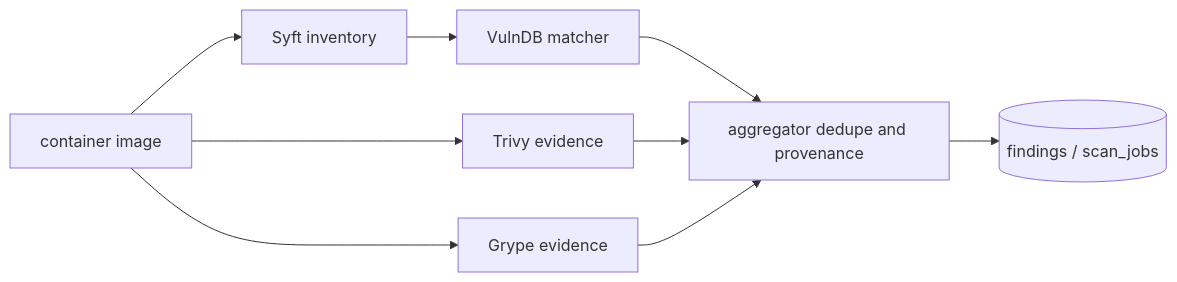
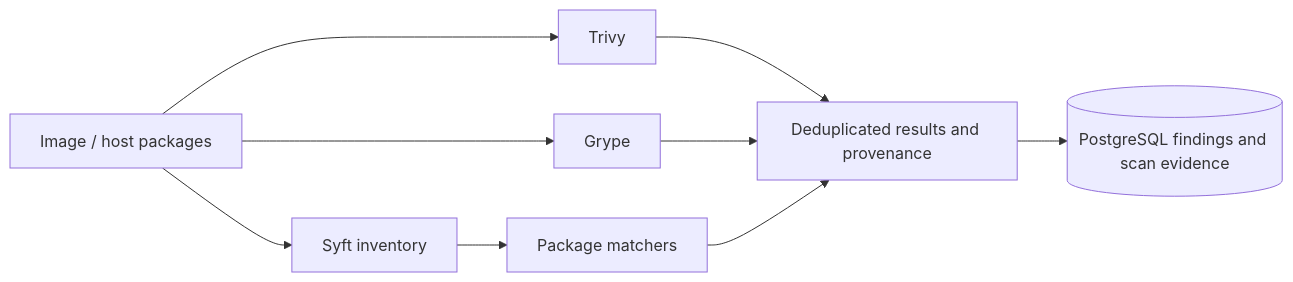
The second of 3 diagrams in docs/architecture.md (alphabravo-oss/constellation), drawn with Mermaid before and after one commit. The commit also changed other lines of this file and 1 other file, not shown here.

Commit message:
docs(architecture): define fleet ingestion and telemetry storage qualification

````diff
--- a/docs/architecture.md
+++ b/docs/architecture.md
@@ -87,19 +66,11 @@
 ```mermaid
 flowchart LR
-  Image[container image]
-  Syft[Syft inventory]
-  VulnDB[VulnDB matcher]
-  Trivy[Trivy evidence]
-  Grype[Grype evidence]
-  Dedupe[aggregator dedupe and provenance]
-  Findings[(findings / scan_jobs)]
-
-  Image --> Syft
-  Syft --> VulnDB
-  Image --> Trivy
-  Image --> Grype
-  VulnDB --> Dedupe
-  Trivy --> Dedupe
-  Grype --> Dedupe
-  Dedupe --> Findings
+  Image[Image / host packages] --> Syft[Syft inventory]
+  Image --> Trivy[Trivy]
+  Image --> Grype[Grype]
+  Syft --> Matchers[Package matchers]
+  Trivy --> Results[Deduplicated results and provenance]
+  Grype --> Results
+  Matchers --> Results
+  Results --> PG[(PostgreSQL findings and scan evidence)]
 ```
````
